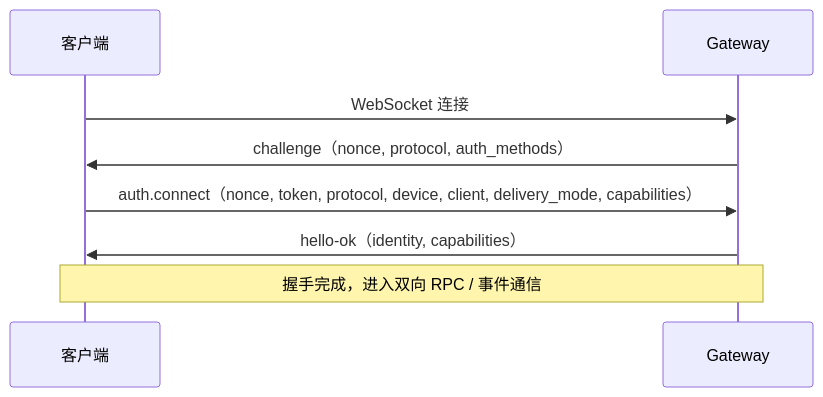
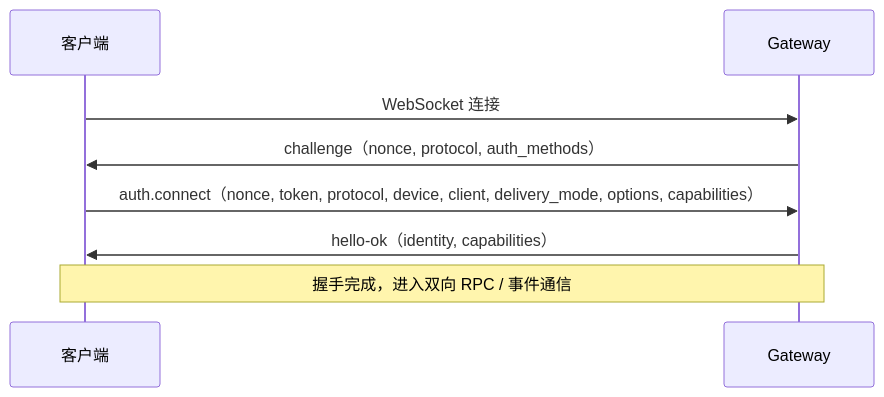
Before and after one commit to ModelUnion/aun-sdk-core: the diagram in docs/sdk/02-WebSocket协议.md, drawn with Mermaid. The commit also changed other lines of this file and 131 other files, not shown here.

````diff
--- a/docs/sdk/02-WebSocket协议.md
+++ b/docs/sdk/02-WebSocket协议.md
@@ -9,11 +9,11 @@
 ```mermaid
 sequenceDiagram
     participant C as 客户端
     participant G as Gateway
 
     C->>G: WebSocket 连接
     G->>C: challenge（nonce, protocol, auth_methods）
-    C->>G: auth.connect（nonce, token, protocol, device, client, delivery_mode, capabilities）
+    C->>G: auth.connect（nonce, token, protocol, device, client, delivery_mode, options, capabilities）
     G->>C: hello-ok（identity, capabilities）
     Note over C,G: 握手完成，进入双向 RPC / 事件通信
 ```
````
